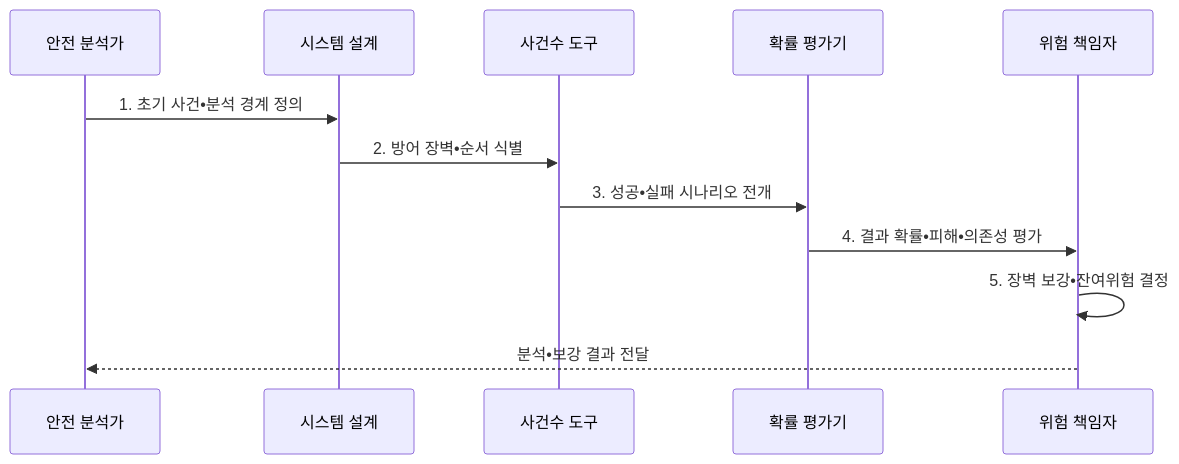
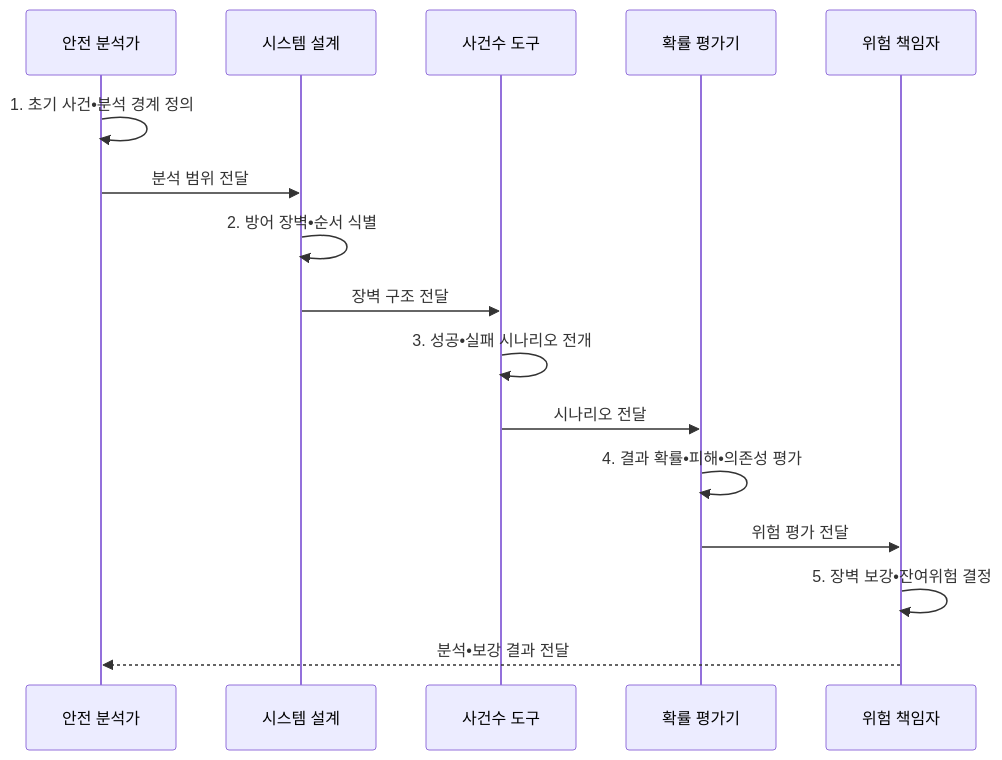
Before and after one commit to agnusdei1207/knowledge-base: the second of 2 diagrams in src/content/docs/notes/06-evaluation/027_event_tree_analysis.md, drawn with Mermaid. The commit also changed other lines of this file and 20 other files, not shown here.

````diff
--- a/src/content/docs/notes/06-evaluation/027_event_tree_analysis.md
+++ b/src/content/docs/notes/06-evaluation/027_event_tree_analysis.md
@@ -100,14 +100,18 @@
 ```mermaid
 sequenceDiagram
   participant A as 안전 분석가
   participant S as 시스템 설계
   participant E as 사건수 도구
   participant Q as 확률 평가기
   participant O as 위험 책임자
-  A->>S: 1. 초기 사건•분석 경계 정의
-  S->>E: 2. 방어 장벽•순서 식별
-  E->>Q: 3. 성공•실패 시나리오 전개
-  Q->>O: 4. 결과 확률•피해•의존성 평가
+  A->>A: 1. 초기 사건•분석 경계 정의
+  A->>S: 분석 범위 전달
+  S->>S: 2. 방어 장벽•순서 식별
+  S->>E: 장벽 구조 전달
+  E->>E: 3. 성공•실패 시나리오 전개
+  E->>Q: 시나리오 전달
+  Q->>Q: 4. 결과 확률•피해•의존성 평가
+  Q->>O: 위험 평가 전달
   O->>O: 5. 장벽 보강•잔여위험 결정
   O-->>A: 분석•보강 결과 전달
 ```
````
